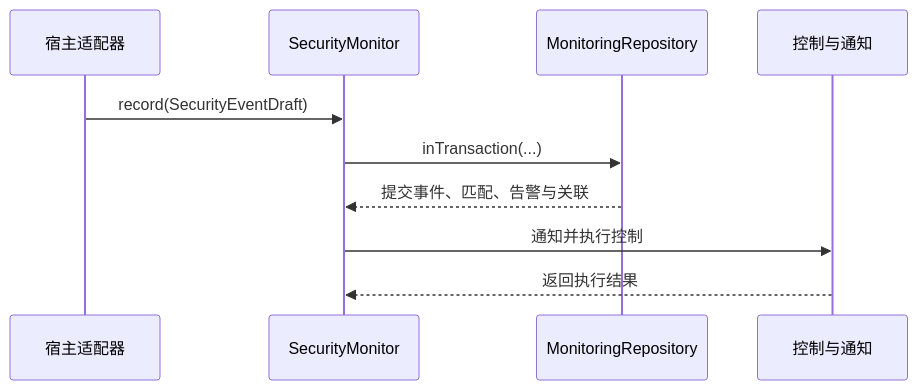
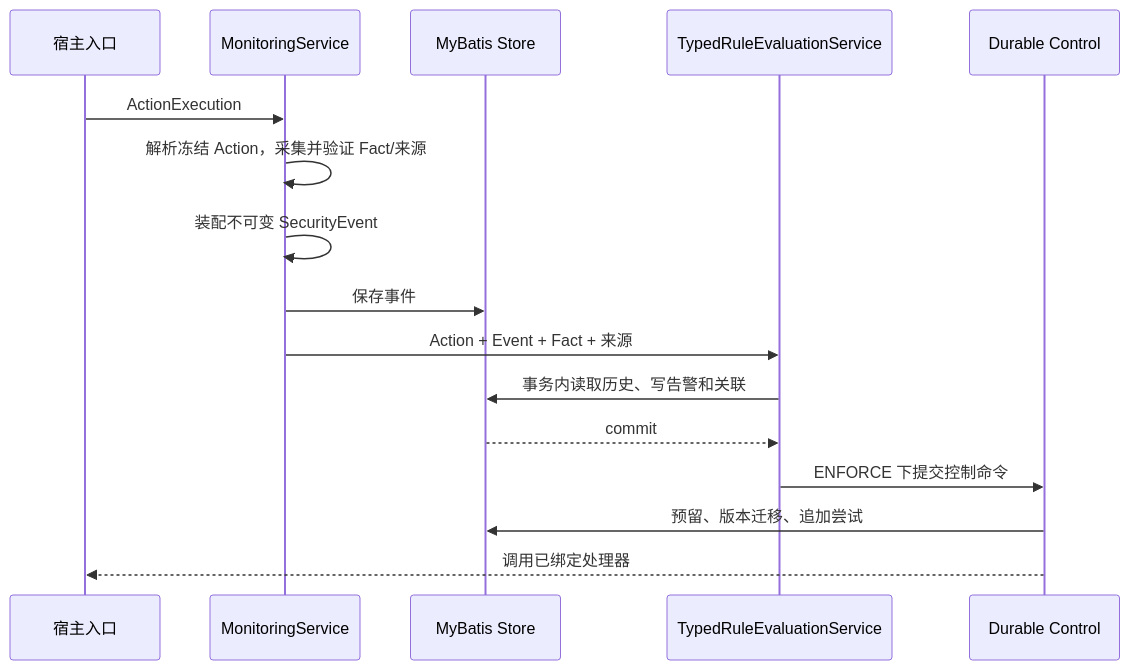
Before and after one commit to jasperbigsum-commits/sys-abnormal-access-monitoring-support: the second of 2 diagrams in docs/架构与运维说明.md, drawn with Mermaid. The commit also changed other lines of this file and 12 other files, not shown here.

````diff
--- a/docs/架构与运维说明.md
+++ b/docs/架构与运维说明.md
@@ -51,13 +28,19 @@
 ```mermaid
 sequenceDiagram
-    participant Host as 宿主适配器
-    participant Monitor as SecurityMonitor
-    participant Repository as MonitoringRepository
-    participant External as 控制与通知
+    participant Host as 宿主入口
+    participant Runtime as MonitoringService
+    participant Store as MyBatis Store
+    participant Rule as TypedRuleEvaluationService
+    participant Control as Durable Control
 
-    Host->>Monitor: record(SecurityEventDraft)
-    Monitor->>Repository: inTransaction(...)
-    Repository-->>Monitor: 提交事件、匹配、告警与关联
-    Monitor->>External: 通知并执行控制
-    External-->>Monitor: 返回执行结果
+    Host->>Runtime: ActionExecution
+    Runtime->>Runtime: 解析冻结 Action，采集并验证 Fact/来源
+    Runtime->>Runtime: 装配不可变 SecurityEvent
+    Runtime->>Store: 保存事件
+    Runtime->>Rule: Action + Event + Fact + 来源
+    Rule->>Store: 事务内读取历史、写告警和关联
+    Store-->>Rule: commit
+    Rule->>Control: ENFORCE 下提交控制命令
+    Control->>Store: 预留、版本迁移、追加尝试
+    Control-->>Host: 调用已绑定处理器
 ```
````
